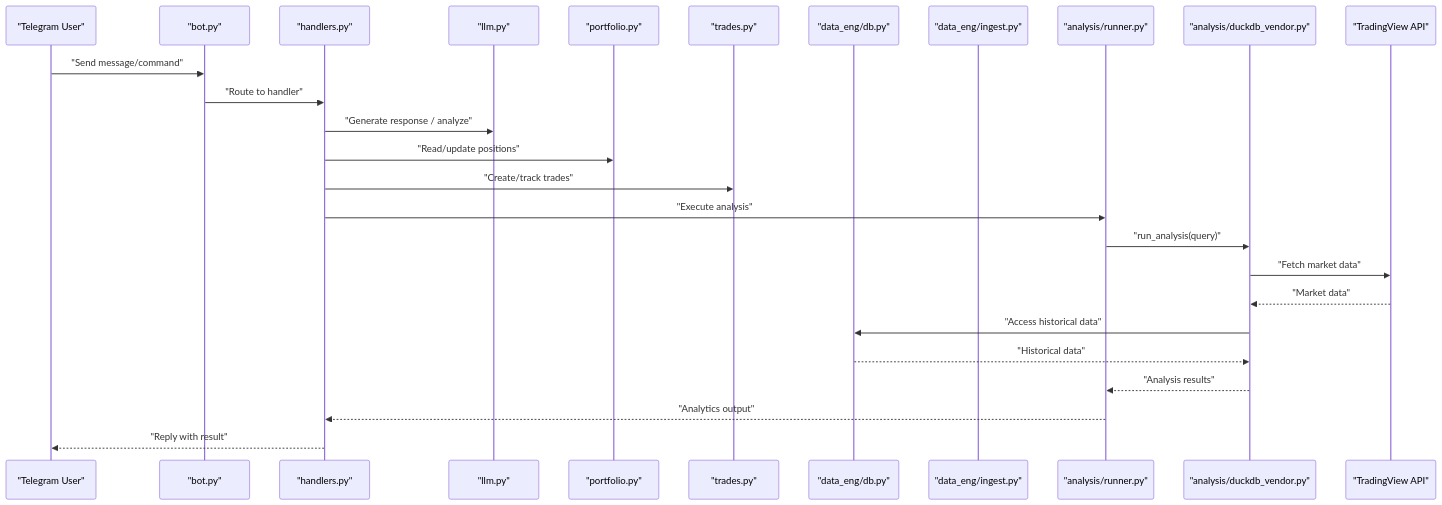
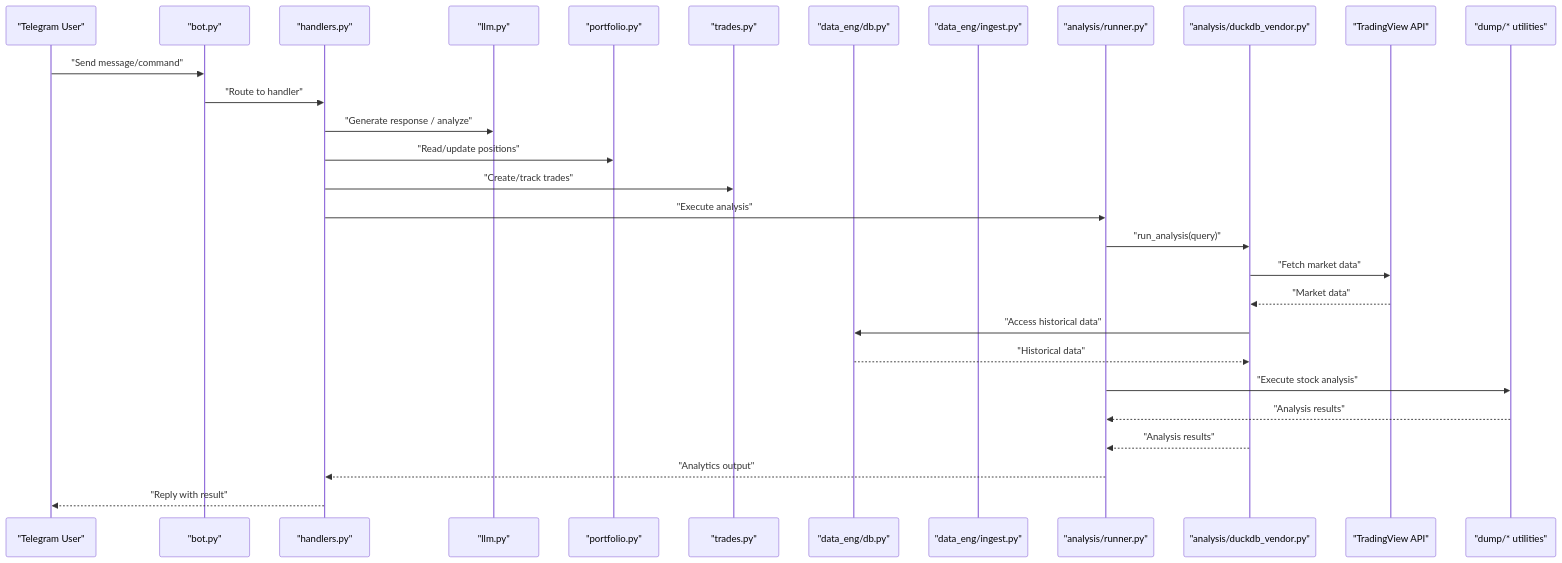
One commit to ZengSeng/telegram-bot changed the second of 12 diagrams in .qoder/repowiki/en/content/Core Components/Analysis Framework.md. Above: the diagram before and after it, drawn with Mermaid. The commit also changed other lines of this file and 9 other files, not shown here.

````diff
--- a/.qoder/repowiki/en/content/Core Components/Analysis Framework.md
+++ b/.qoder/repowiki/en/content/Core Components/Analysis Framework.md
@@ -156,28 +182,31 @@
 ```mermaid
 sequenceDiagram
 participant User as "Telegram User"
 participant Bot as "bot.py"
 participant Handler as "handlers.py"
 participant LLM as "llm.py"
 participant Portfolio as "portfolio.py"
 participant Trades as "trades.py"
 participant DB as "data_eng/db.py"
 participant Ingest as "data_eng/ingest.py"
 participant Runner as "analysis/runner.py"
 participant DuckDB as "analysis/duckdb_vendor.py"
 participant TradingView as "TradingView API"
+participant DumpUtils as "dump/* utilities"
 User->>Bot : "Send message/command"
 Bot->>Handler : "Route to handler"
 Handler->>LLM : "Generate response / analyze"
 Handler->>Portfolio : "Read/update positions"
 Handler->>Trades : "Create/track trades"
 Handler->>Runner : "Execute analysis"
 Runner->>DuckDB : "run_analysis(query)"
 DuckDB->>TradingView : "Fetch market data"
 TradingView-->>DuckDB : "Market data"
 DuckDB->>DB : "Access historical data"
 DB-->>DuckDB : "Historical data"
+Runner->>DumpUtils : "Execute stock analysis"
+DumpUtils-->>Runner : "Analysis results"
 DuckDB-->>Runner : "Analysis results"
 Runner-->>Handler : "Analytics output"
 Handler-->>User : "Reply with result"
 ```
````
